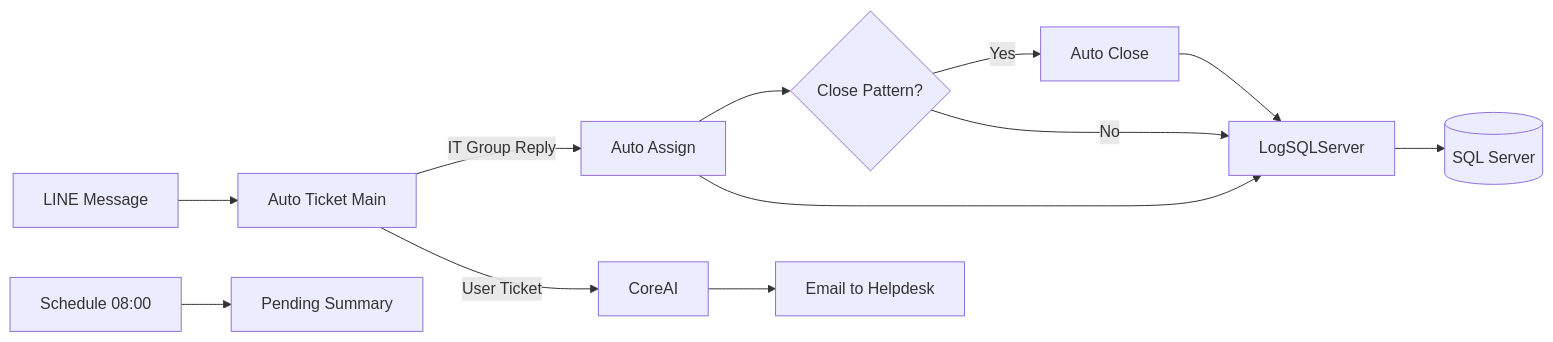
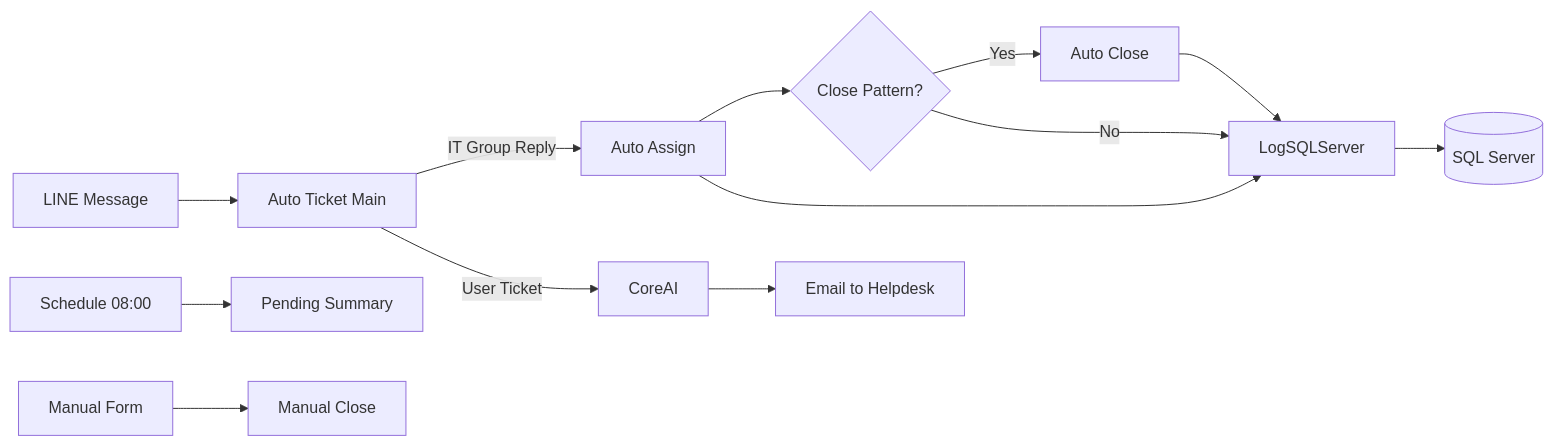
Before and after one commit to Piyabordee/n8n-auto-ticket-system: the diagram in README.md, drawn with Mermaid. The commit also changed other lines of this file and 1 other file, not shown here.

Commit message:
feat: update README and CHANGELOG for Manual Close Ticket workflow and error notification improvements

````diff
--- a/README.md
+++ b/README.md
@@ -47,14 +49,15 @@
 ```mermaid
 flowchart LR
     A[LINE Message] --> B[Auto Ticket Main]
     B -->|IT Group Reply| C[Auto Assign]
     B -->|User Ticket| D[CoreAI]
     D --> E[Email to Helpdesk]
     C --> F{Close Pattern?}
     F -->|Yes| G[Auto Close]
     F -->|No| H[LogSQLServer]
     I[Schedule 08:00] --> J[Pending Summary]
+    K[Manual Form] --> L[Manual Close]
     C --> H
     G --> H
-    H --> K[(SQL Server)]
+    H --> M[(SQL Server)]
 ```
````
